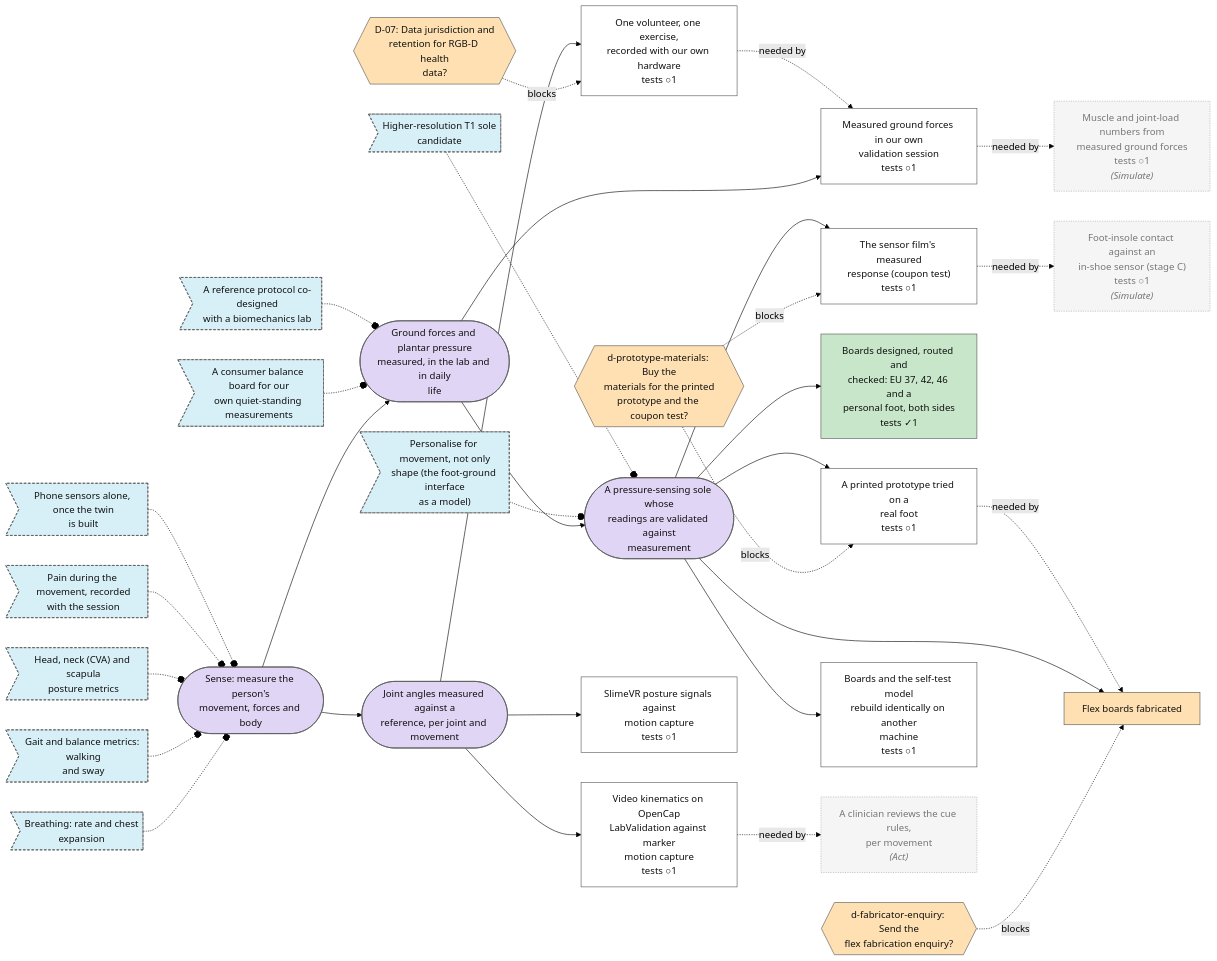
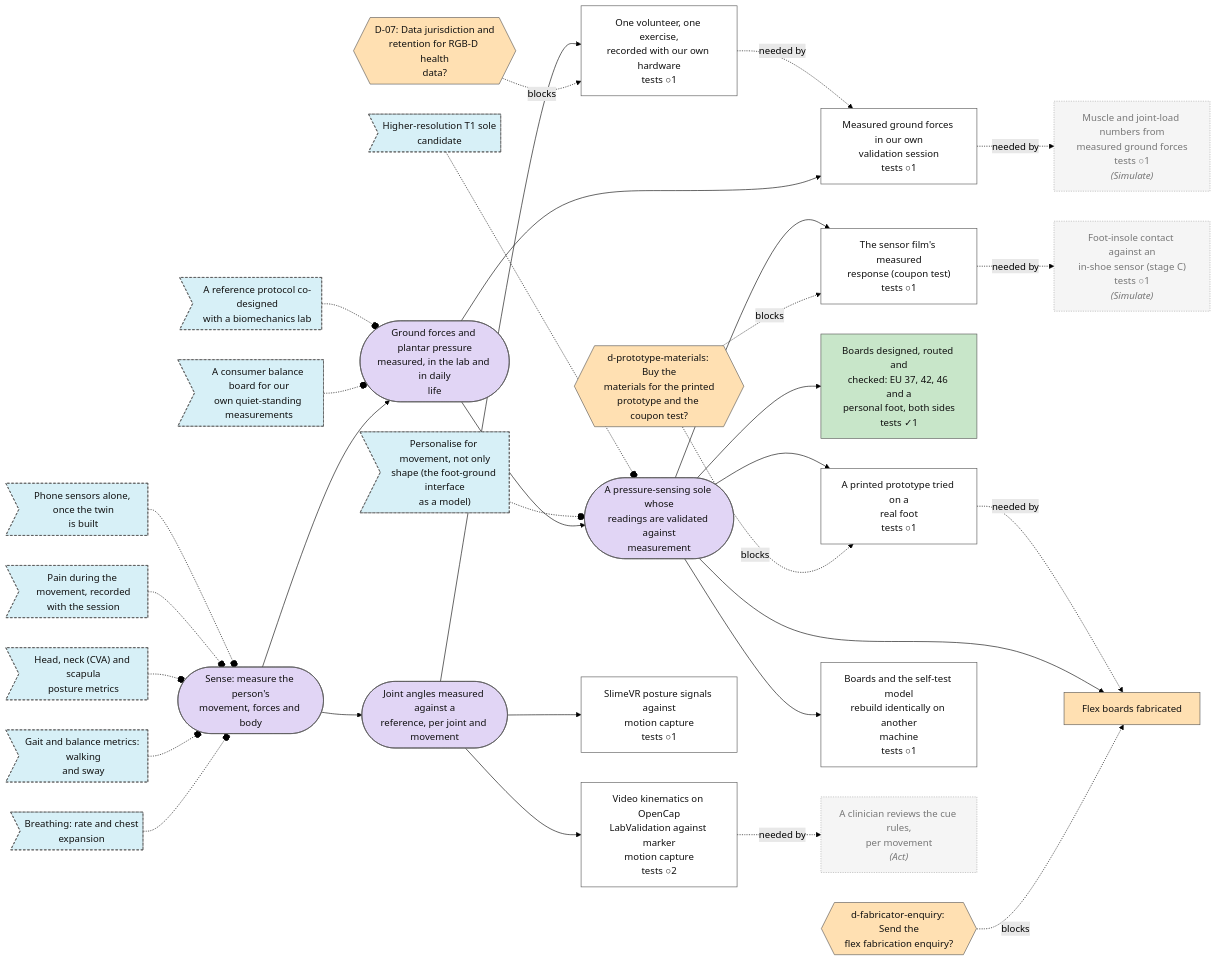
Before and after one commit to Sigurius23/Rehab-agent: the second of 7 diagrams in plan/MAP.md, drawn with Mermaid (forest theme). The commit also changed other lines of this file and 13 other files, not shown here.

````diff
--- a/plan/MAP.md
+++ b/plan/MAP.md
@@ -47,80 +47,80 @@
 ```mermaid
 flowchart LR
   n0{{"D-07: Data jurisdiction and<br/>retention for RGB-D health<br/>data?"}}:::decision_open
   n1{{"d-fabricator-enquiry: Send the<br/>flex fabrication enquiry?"}}:::decision_open
   n2{{"d-prototype-materials: Buy the<br/>materials for the printed<br/>prototype and the coupon test?"}}:::decision_open
   n3["Measured ground forces in our own<br/>validation session<br/>tests ○1"]:::step_open
   n4(["Ground forces and plantar pressure<br/>measured, in the lab and in daily<br/>life"]):::goal_open
   n5(["Joint angles measured against a<br/>reference, per joint and movement"]):::goal_open
   n6(["A pressure-sensing sole whose<br/>readings are validated against<br/>measurement"]):::goal_open
   n7>"A consumer balance board for our<br/>own quiet-standing measurements"]:::idea_new
   n8>"Breathing: rate and chest<br/>expansion"]:::idea_new
   n9>"Gait and balance metrics: walking<br/>and sway"]:::idea_new
   n10>"Head, neck (CVA) and scapula<br/>posture metrics"]:::idea_new
   n11>"A reference protocol co-designed<br/>with a biomechanics lab"]:::idea_new
   n12>"Personalise for movement, not only<br/>shape (the foot-ground interface<br/>as a model)"]:::idea_new
   n13>"Pain during the movement, recorded<br/>with the session"]:::idea_new
   n14>"Phone sensors alone, once the twin<br/>is built"]:::idea_new
   n15>"Higher-resolution T1 sole<br/>candidate"]:::idea_new
-  n16["Video kinematics on OpenCap<br/>LabValidation against marker<br/>motion capture<br/>tests ○1"]:::step_open
+  n16["Video kinematics on OpenCap<br/>LabValidation against marker<br/>motion capture<br/>tests ○2"]:::step_open
   n17["One volunteer, one exercise,<br/>recorded with our own hardware<br/>tests ○1"]:::step_open
   n18(["Sense: measure the person's<br/>movement, forces and body"]):::goal_open
   n19["Boards designed, routed and<br/>checked: EU 37, 42, 46 and a<br/>personal foot, both sides<br/>tests ✓1"]:::step_done
   n20["The sensor film's measured<br/>response (coupon test)<br/>tests ○1"]:::step_open
   n21["Flex boards fabricated"]:::step_blocked
   n22["A printed prototype tried on a<br/>real foot<br/>tests ○1"]:::step_open
   n23["Boards and the self-test model<br/>rebuild identically on another<br/>machine<br/>tests ○1"]:::step_open
   n24["SlimeVR posture signals against<br/>motion capture<br/>tests ○1"]:::step_open
   n25["A clinician reviews the cue rules,<br/>per movement<br/><i>(Act)</i>"]:::external
   n26["Muscle and joint-load numbers from<br/>measured ground forces<br/>tests ○1<br/><i>(Simulate)</i>"]:::external
   n27["Foot-insole contact against an<br/>in-shoe sensor (stage C)<br/>tests ○1<br/><i>(Simulate)</i>"]:::external
   n0 -. blocks .-> n17
   n1 -. blocks .-> n21
   n2 -. blocks .-> n22
   n2 -. blocks .-> n20
   n4 --> n3
   n17 -. needed by .-> n3
   n18 --> n4
   n18 --> n5
   n4 --> n6
   n7 -.-o n4
   n8 -.-o n18
   n9 -.-o n18
   n10 -.-o n18
   n11 -.-o n4
   n12 -.-o n6
   n13 -.-o n18
   n14 -.-o n18
   n15 -.-o n6
   n5 --> n16
   n5 --> n17
   n6 --> n19
   n6 --> n20
   n6 --> n21
   n22 -. needed by .-> n21
   n6 --> n22
   n6 --> n23
   n5 --> n24
   n16 -. needed by .-> n25
   n3 -. needed by .-> n26
   n20 -. needed by .-> n27
   classDef goal_open fill:#e1d5f5,stroke:#555,color:#111
   classDef goal_done fill:#c8e6c9,stroke:#555,color:#111
   classDef step_open fill:#ffffff,stroke:#555,color:#111
   classDef step_doing fill:#fff3c4,stroke:#555,color:#111
   classDef step_done fill:#c8e6c9,stroke:#555,color:#111
   classDef step_blocked fill:#ffe0b2,stroke:#555,color:#111
   classDef step_dropped fill:#eeeeee,stroke:#555,color:#111
   classDef test_planned fill:#ffffff,stroke:#555,color:#111
   classDef test_running fill:#fff3c4,stroke:#555,color:#111
   classDef test_passed fill:#c8e6c9,stroke:#555,color:#111
   classDef test_failed fill:#ffcdd2,stroke:#555,color:#111
   classDef test_mixed fill:#fff3c4,stroke:#555,color:#111
   classDef test_dropped fill:#eeeeee,stroke:#555,color:#111
   classDef idea_new fill:#d7f0f7,stroke:#555,color:#111,stroke-dasharray: 4 3
   classDef idea_promoted fill:#eeeeee,stroke:#555,color:#111,stroke-dasharray: 4 3
   classDef idea_dropped fill:#eeeeee,stroke:#555,color:#111,stroke-dasharray: 4 3
   classDef decision_open fill:#ffe0b2,stroke:#555,color:#111
   classDef decision_decided fill:#ffe0b2,stroke:#555,color:#111
   classDef external fill:#f5f5f5,stroke:#aaa,color:#777,stroke-dasharray: 2 2
 ```
````
